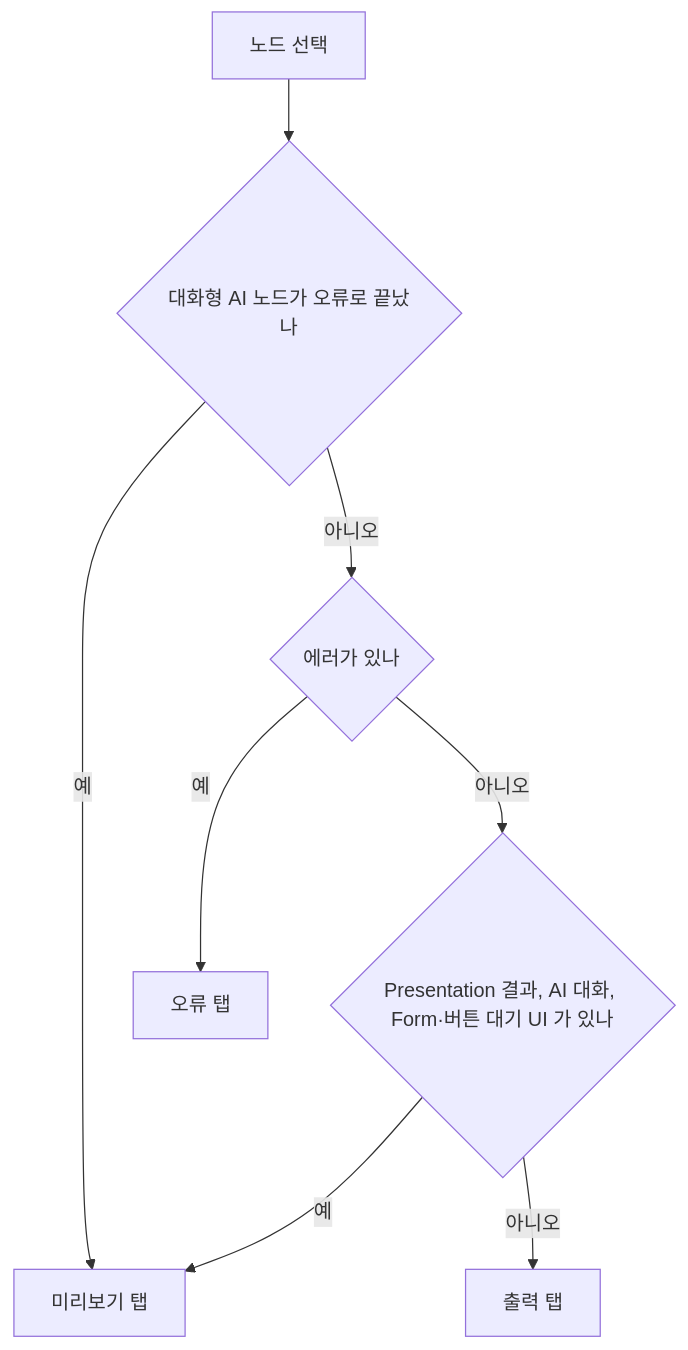
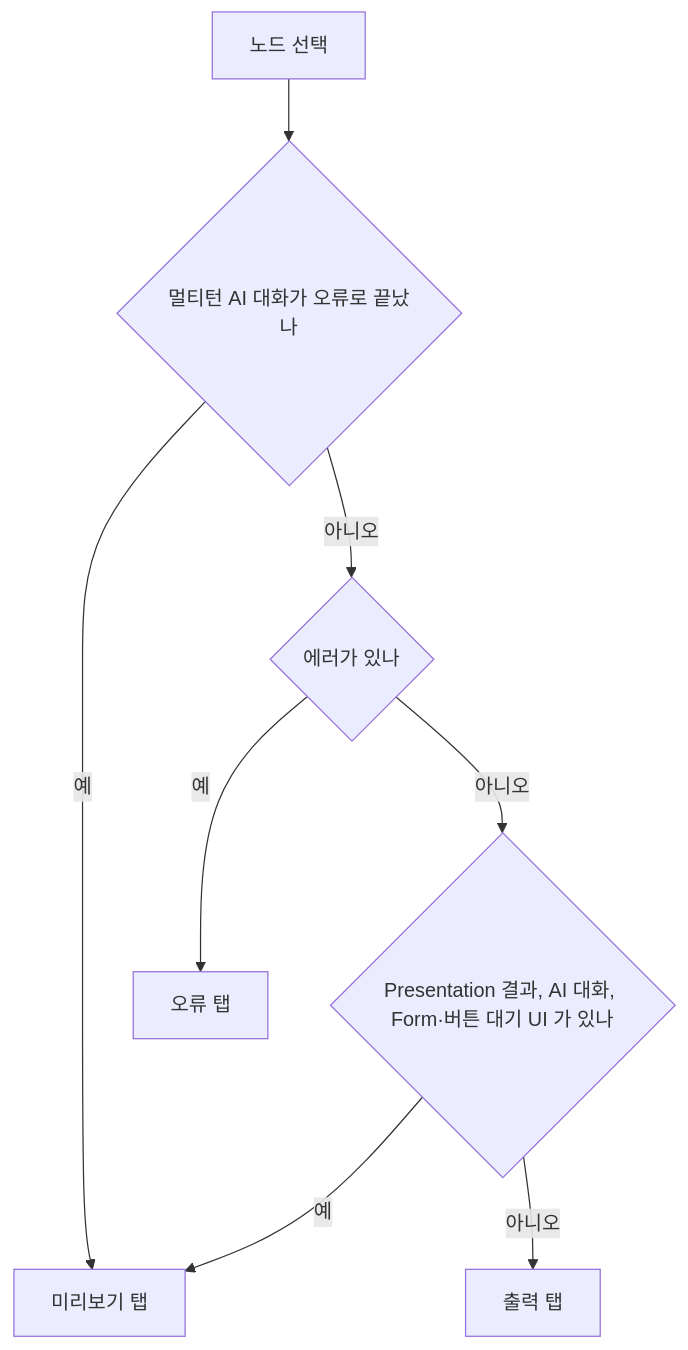
The diagram in spec/CLE-EXEC/CLE-EXEC-RUN.md (worker-ants/clemvion), drawn with Mermaid before and after one commit. The commit also changed other lines of this file and 18 other files, not shown here.

````diff
--- a/spec/CLE-EXEC/CLE-EXEC-RUN.md
+++ b/spec/CLE-EXEC/CLE-EXEC-RUN.md
@@ -362,10 +362,10 @@
 ```mermaid
 flowchart TD
-  A[노드 선택] --> B{대화형 AI 노드가 오류로 끝났나}
+  A[노드 선택] --> B{멀티턴 AI 대화가 오류로 끝났나}
   B -- 예 --> P[미리보기 탭]
   B -- 아니오 --> C{에러가 있나}
   C -- 예 --> E[오류 탭]
   C -- 아니오 --> D{Presentation 결과, AI 대화, Form·버튼 대기 UI 가 있나}
   D -- 예 --> P
   D -- 아니오 --> O[출력 탭]
 ```
````
